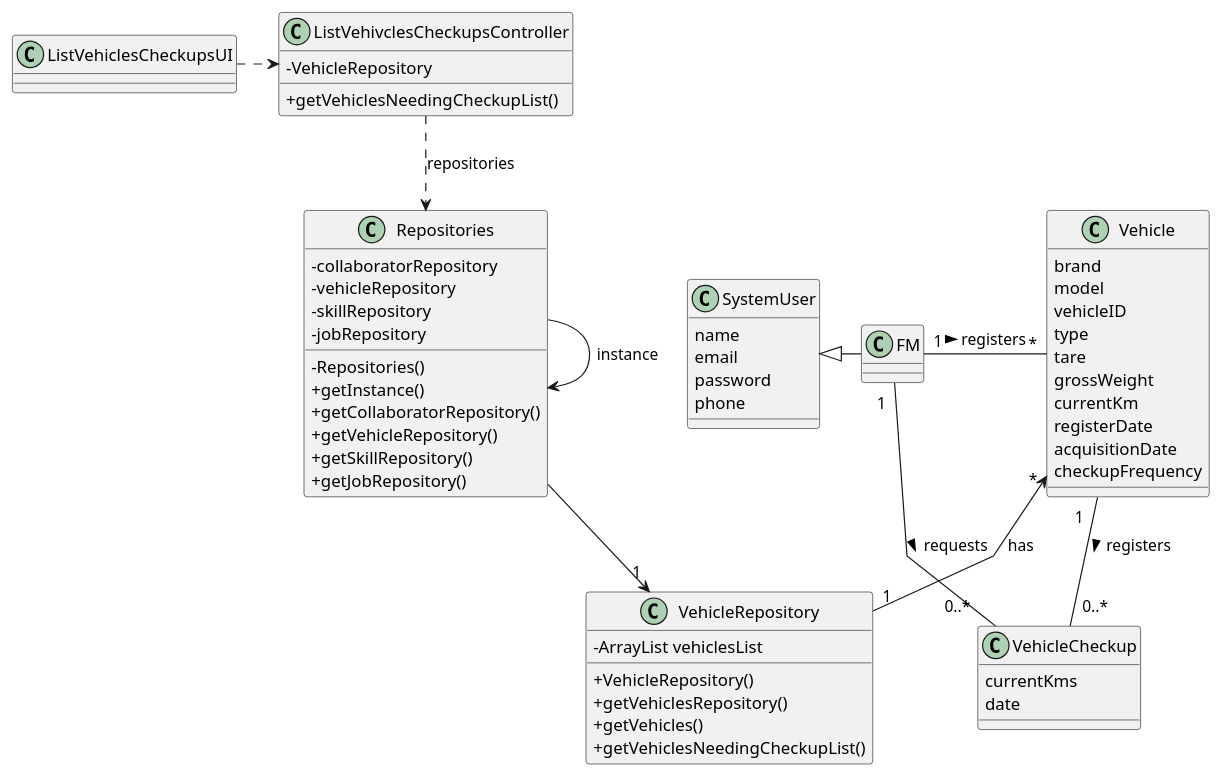
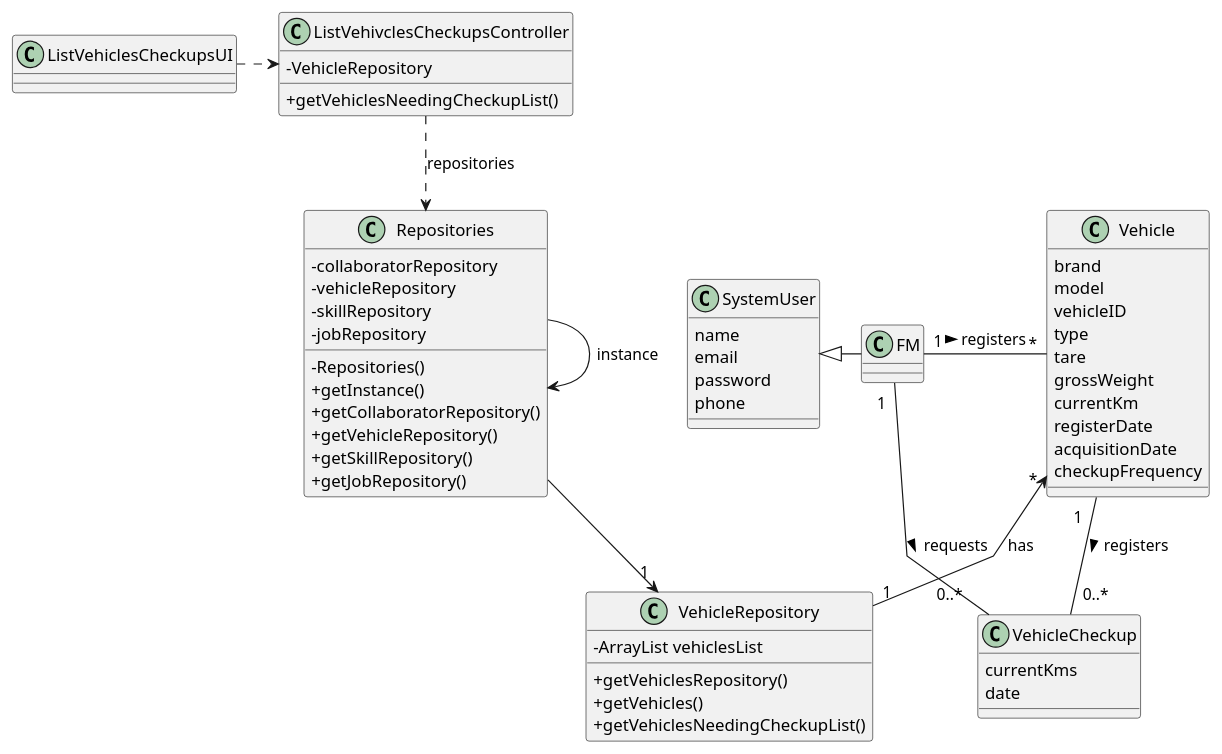
Before and after one commit to Departamento-de-Engenharia-Informatica/lei-24-s2-1do-g164: the diagram in docs/sprintB/us008/03.design/puml/us008-class-diagram.puml, drawn with PlantUML. The commit also changed 5 other files, not shown here.

```diff
--- a/docs/sprintB/us008/03.design/puml/us008-class-diagram.puml
+++ b/docs/sprintB/us008/03.design/puml/us008-class-diagram.puml
@@ -1,84 +1,83 @@
 @startuml
 skinparam classAttributeIconSize 0
 'skinparam monochrome true
 skinparam packageStyle rectangle
 skinparam shadowing false
 skinparam linetype polyline
 'skinparam linetype orto
 skinparam classAttributeIconSize 0
 
 class Vehicle {
         brand
         model
         vehicleID
         type
         tare
         grossWeight
         currentKm
         registerDate
         acquisitionDate
         checkupFrequency
 
 }
 
 class VehicleCheckup {
     currentKms
     date
 
 }
 
 
 class SystemUser {
     name
     email
     password
     phone
 }
 
 class VehicleRepository {
     - ArrayList vehiclesList
-    + VehicleRepository()
     + getVehiclesRepository()
     + getVehicles()
     + getVehiclesNeedingCheckupList()
 }
 
 
 class Repositories {
     - collaboratorRepository
     - vehicleRepository
     - skillRepository
     - jobRepository
 
     - Repositories()
     + getInstance()
     + getCollaboratorRepository()
     + getVehicleRepository()
     + getSkillRepository()
     + getJobRepository()
 
 }
 
 
 class ListVehivclesCheckupsController {
 -VehicleRepository
   + getVehiclesNeedingCheckupList()
 
 }
 
 
 
 ListVehiclesCheckupsUI .> ListVehivclesCheckupsController
 
 
 Repositories -->"1" VehicleRepository
 Repositories -> Repositories : instance
 ListVehivclesCheckupsController ..> Repositories : repositories
 Vehicle "*" <-- "1" VehicleRepository : has
 
 
 FM "1" - "*" Vehicle : registers >
 Vehicle "1   " -- "0..*                        " VehicleCheckup : registers >
 FM "           1 " - "0..*   " VehicleCheckup : requests >
 SystemUser <|- FM
 @enduml
```
